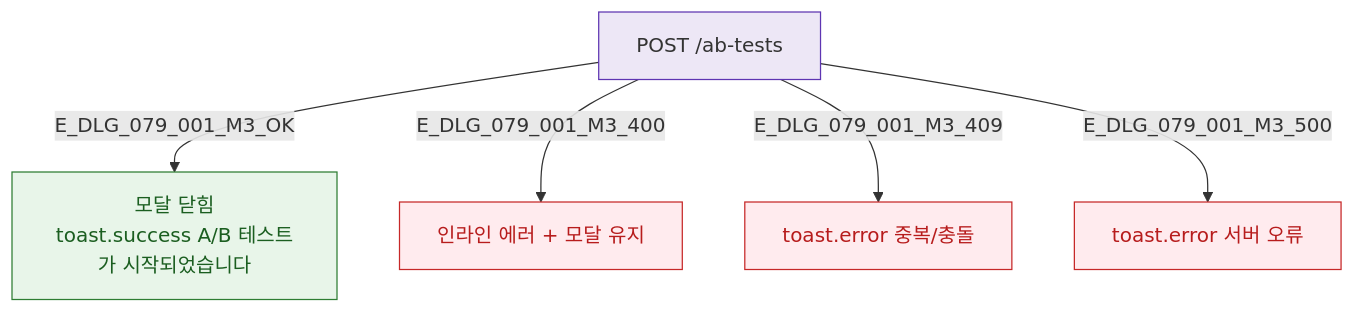
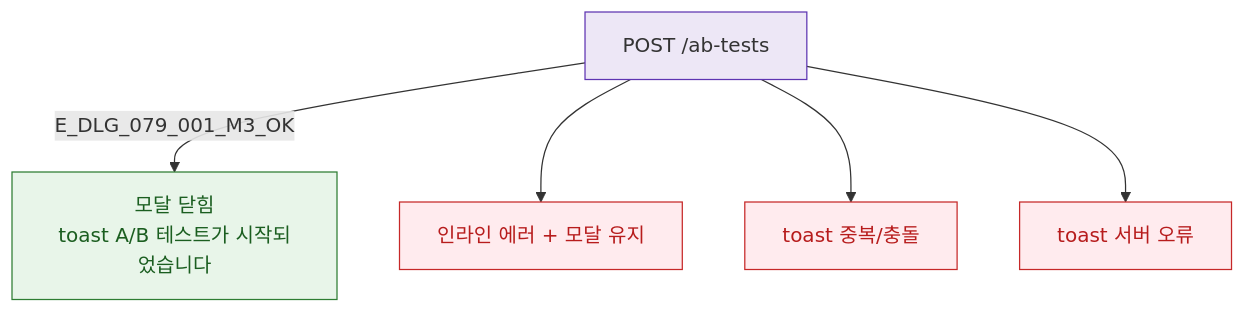
One commit to dev-spogym/admin-pando changed the diagram in docs/다이어그램/D08_마케팅/DLG/DLG-079-001/M3_결과분기.md. Above: the diagram before and after it, drawn with Mermaid. The commit also changed other lines of this file and 1660 other files, not shown here.

First line of the commit message:
다이어그램: 기획자/클라이언트 납품본으로 정리

````diff
--- a/docs/다이어그램/D08_마케팅/DLG/DLG-079-001/M3_결과분기.md
+++ b/docs/다이어그램/D08_마케팅/DLG/DLG-079-001/M3_결과분기.md
@@ -14,15 +12,15 @@
 ```mermaid
 flowchart TD
-  API[POST /ab-tests] -->|E_DLG_079_001_M3_OK| SUCCESS[모달 닫힘\ntoast.success A/B 테스트가 시작되었습니다]
-  API -->|E_DLG_079_001_M3_400| ERR_400[인라인 에러 + 모달 유지]
-  API -->|E_DLG_079_001_M3_409| ERR_409[toast.error 중복/충돌]
-  API -->|E_DLG_079_001_M3_500| ERR_500[toast.error 서버 오류]
+  API[POST /ab-tests] -->|E_DLG_079_001_M3_OK|SUCCESS[모달 닫힘\ntoast A/B 테스트가 시작되었습니다]
+  API --> ERR_400[인라인 에러 + 모달 유지]
+  API --> ERR_409[toast 중복/충돌]
+  API --> ERR_500[toast 서버 오류]
 
   classDef success fill:#E8F5E9,stroke:#2E7D32,color:#1B5E20
-  classDef error   fill:#FFEBEE,stroke:#C62828,color:#B71C1C
-  classDef system  fill:#EDE7F6,stroke:#5E35B2
+  classDef error fill:#FFEBEE,stroke:#C62828,color:#B71C1C
+  classDef system fill:#EDE7F6,stroke:#5E35B2
 
   class SUCCESS success
   class ERR_400,ERR_409,ERR_500 error
   class API system
 ```
````
